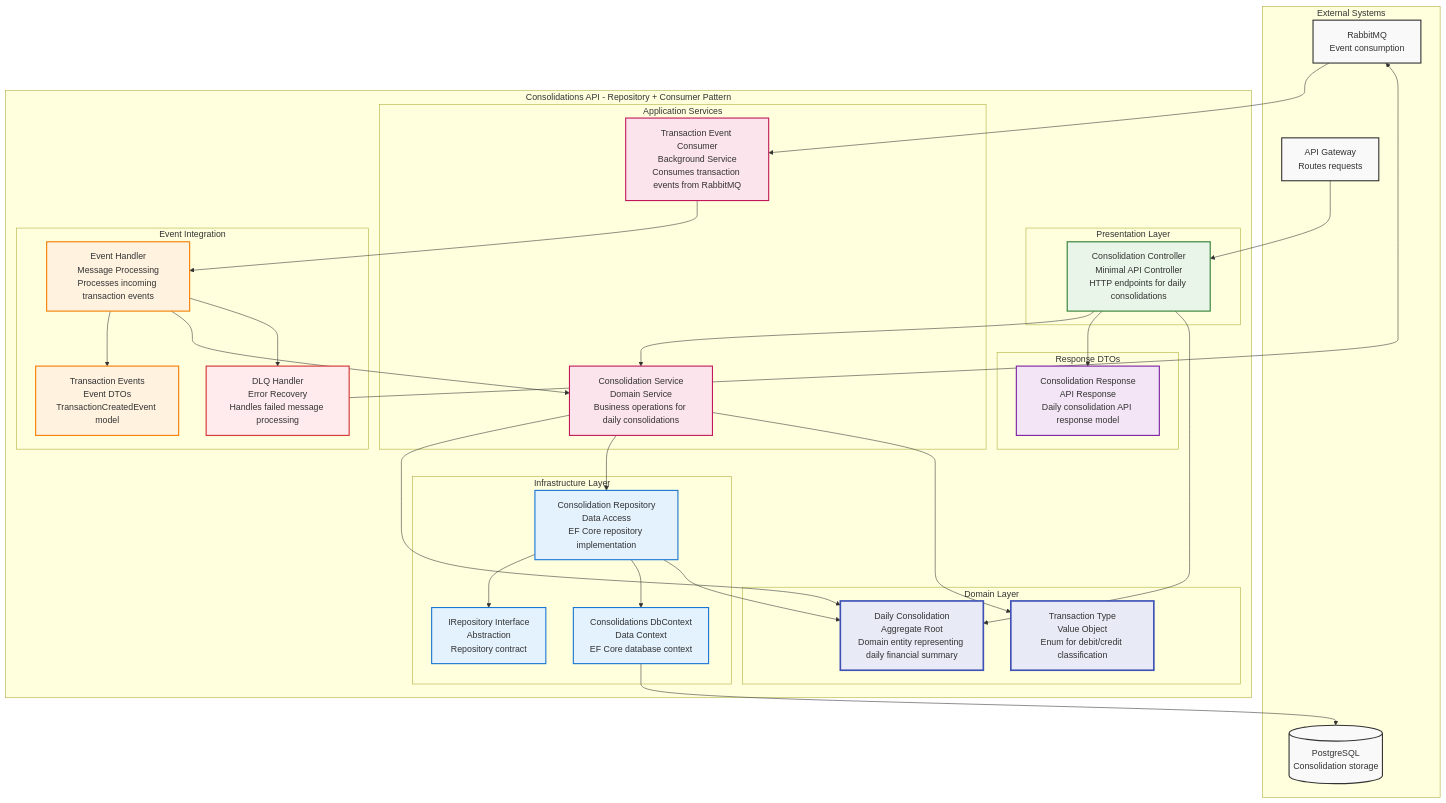
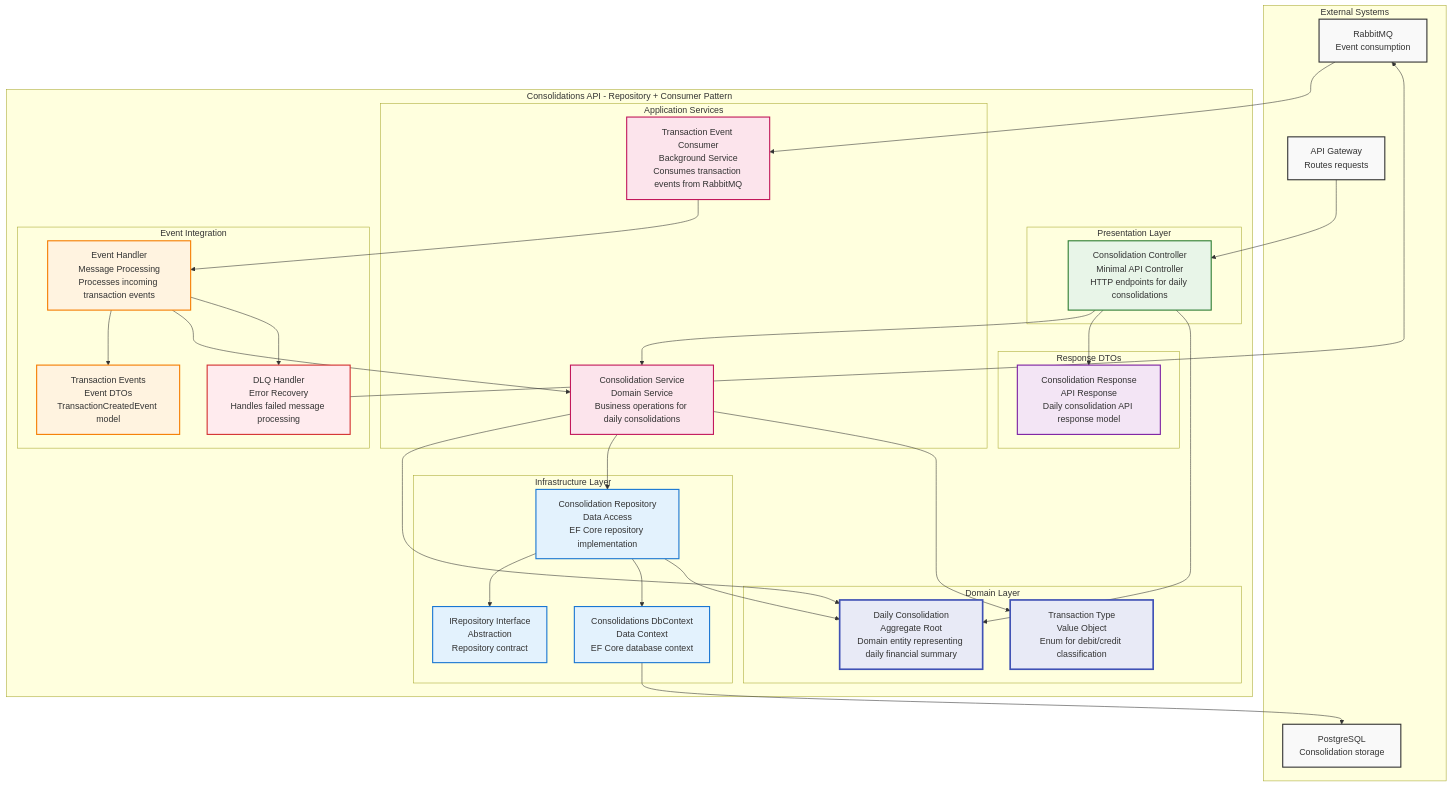
One commit to whereisanzi/cash-flow-system changed the diagram in docs/diagrams/c4-03b-consolidations-components.mmd. Above: the diagram before and after it, drawn with Mermaid. The commit also changed 38 other files, not shown here.

```diff
--- a/docs/diagrams/c4-03b-consolidations-components.mmd
+++ b/docs/diagrams/c4-03b-consolidations-components.mmd
@@ -1,86 +1,86 @@
 graph TB
   subgraph External[External Systems]
     Gateway[API Gateway<br/>Routes requests]
-    Database[(PostgreSQL<br/>Consolidation storage)]
+    Database[PostgreSQL<br/>Consolidation storage]
     RabbitMQ[RabbitMQ<br/>Event consumption]
   end
 
   subgraph ConsolidationsAPI[Consolidations API - Repository + Consumer Pattern]
     subgraph Presentation[Presentation Layer]
       Controller[Consolidation Controller<br/>Minimal API Controller<br/>HTTP endpoints for daily consolidations]
     end
 
     subgraph Application[Application Services]
       CoService[Consolidation Service<br/>Domain Service<br/>Business operations for daily consolidations]
       Consumer[Transaction Event Consumer<br/>Background Service<br/>Consumes transaction events from RabbitMQ]
     end
 
     subgraph Domain[Domain Layer]
       Consolidation[Daily Consolidation<br/>Aggregate Root<br/>Domain entity representing daily financial summary]
       TransactionType[Transaction Type<br/>Value Object<br/>Enum for debit/credit classification]
     end
 
     subgraph Infrastructure[Infrastructure Layer]
       Repository[Consolidation Repository<br/>Data Access<br/>EF Core repository implementation]
       DbContext[Consolidations DbContext<br/>Data Context<br/>EF Core database context]
       RepositoryInterface[IRepository Interface<br/>Abstraction<br/>Repository contract]
     end
 
     subgraph Integration[Event Integration]
       EventModel[Transaction Events<br/>Event DTOs<br/>TransactionCreatedEvent model]
       EventHandler[Event Handler<br/>Message Processing<br/>Processes incoming transaction events]
       DLQHandler[DLQ Handler<br/>Error Recovery<br/>Handles failed message processing]
     end
 
     subgraph DTOs[Response DTOs]
       ResponseDto[Consolidation Response<br/>API Response<br/>Daily consolidation API response model]
     end
   end
 
   %% External connections
   Gateway --> Controller
   RabbitMQ --> Consumer
   DbContext --> Database
 
   %% HTTP API flow
   Controller --> CoService
   Controller --> ResponseDto
 
   %% Event consumption flow
   Consumer --> EventHandler
   EventHandler --> EventModel
   EventHandler --> CoService
   EventHandler --> DLQHandler
   DLQHandler --> RabbitMQ
 
   %% Domain service operations
   CoService --> Consolidation
   CoService --> Repository
   CoService --> TransactionType
 
   %% Data access layer
   Repository --> RepositoryInterface
   Repository --> DbContext
   Repository --> Consolidation
 
   %% Response mapping
   Controller --> Consolidation
 
   %% Styling
   classDef external fill:#f9f9f9,stroke:#333,stroke-width:2px
   classDef presentation fill:#e8f5e8,stroke:#2e7d32,stroke-width:2px
   classDef application fill:#fce4ec,stroke:#c2185b,stroke-width:2px
   classDef domain fill:#e8eaf6,stroke:#3f51b5,stroke-width:3px
   classDef infrastructure fill:#e3f2fd,stroke:#1976d2,stroke-width:2px
   classDef integration fill:#fff3e0,stroke:#f57c00,stroke-width:2px
   classDef dto fill:#f3e5f5,stroke:#7b1fa2,stroke-width:2px
   classDef error fill:#ffebee,stroke:#d32f2f,stroke-width:2px
 
   class Gateway,Database,RabbitMQ external
   class Controller presentation
   class CoService,Consumer application
   class Consolidation,TransactionType domain
   class Repository,DbContext,RepositoryInterface infrastructure
   class EventModel,EventHandler integration
   class ResponseDto dto
   class DLQHandler error
```
